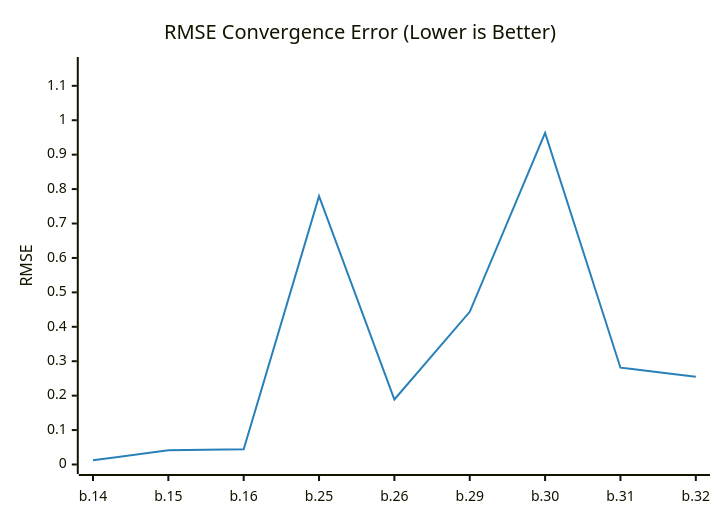
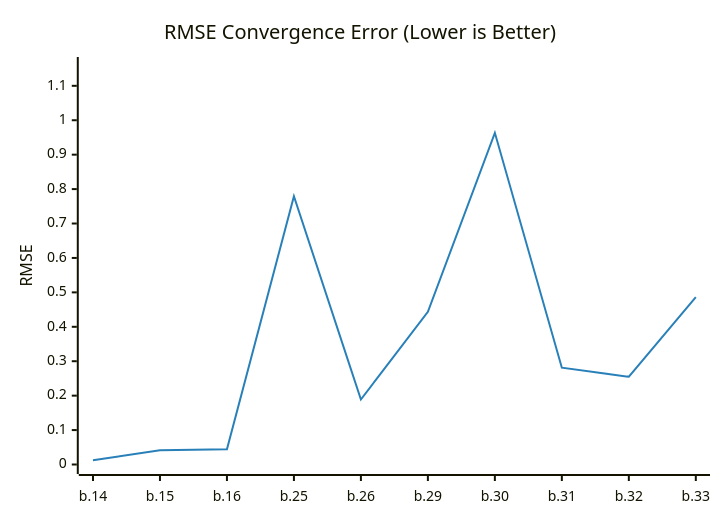
Before and after one commit to timo-eberl/tracy: the diagram in README.md, drawn with Mermaid. The commit also changed other lines of this file and 2 other files, not shown here.

````diff
--- a/README.md
+++ b/README.md
@@ -13,14 +13,14 @@
 ```mermaid
 ---
 config:
     theme: base
     themeVariables:
         xyChart:
             plotColorPalette: "#2980b9"
 ---
 xychart-beta
     title "RMSE Convergence Error (Lower is Better)"
-    x-axis ["b.14", "b.15", "b.16", "b.25", "b.26", "b.29", "b.30", "b.31", "b.32"]
+    x-axis ["b.14", "b.15", "b.16", "b.25", "b.26", "b.29", "b.30", "b.31", "b.32", "b.33"]
     y-axis "RMSE" 0 --> 1.1561
-    line [0.012064, 0.041607, 0.043946, 0.7793, 0.1888, 0.4436, 0.9634, 0.2812, 0.2549]
+    line [0.012064, 0.041607, 0.043946, 0.7793, 0.1888, 0.4436, 0.9634, 0.2812, 0.2549, 0.4864]
 ```
````
